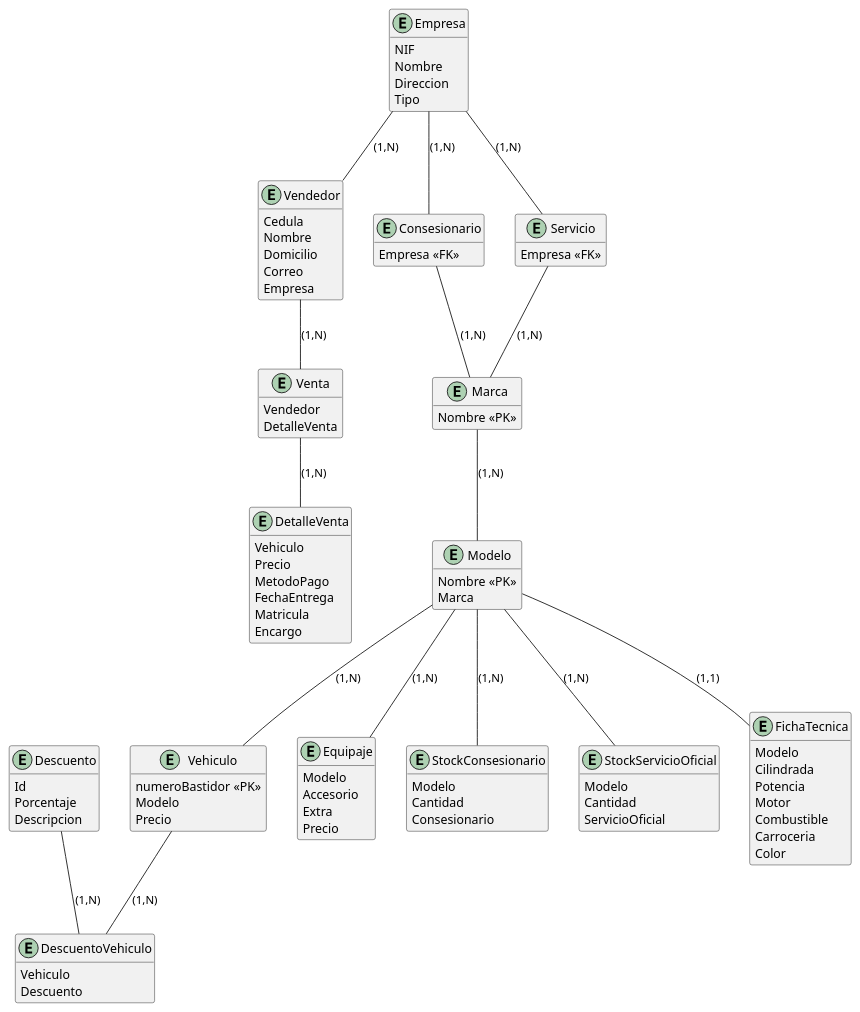
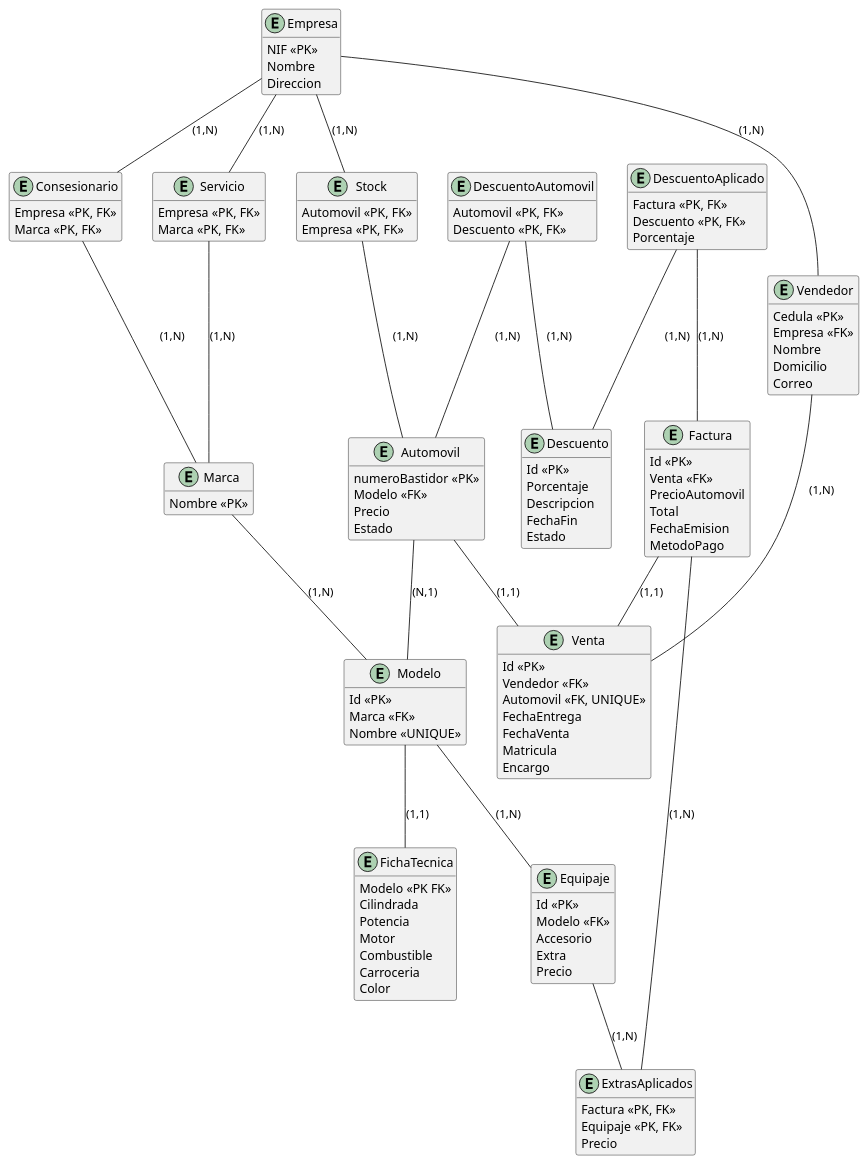
The diagram in diagrama_entidad_relacion.puml (DraakoDev/Kabazaru), drawn with PlantUML before and after one commit.

Commit message:
Docs: Diagrama ER-3FN V1

```diff
--- a/diagrama_entidad_relacion.puml
+++ b/diagrama_entidad_relacion.puml
@@ -1,114 +1,133 @@
-@startuml
+@startuml DiagramaEntidadRelacion
 
+entity Stock{
+  Automovil <<PK, FK>>
+  Empresa <<PK, FK>>
+}
 
-entity Vehiculo {
+entity Automovil {
   numeroBastidor <<PK>>
-  Modelo
+  Modelo <<FK>>
   Precio
+  Estado
 }
 
 entity Descuento { 
-  Id
+  Id <<PK>>
   Porcentaje
   Descripcion
+  FechaFin
+  Estado
 }
 
 entity Marca {
   Nombre <<PK>>
 }
 
 entity Modelo {
-  Nombre <<PK>>
-  Marca
+  Id <<PK>>
+  Marca <<FK>> 
+  Nombre <<UNIQUE>>
 }
 
 entity Equipaje {
-  Modelo 
+  Id <<PK>>
+  Modelo <<FK>>
   Accesorio
   Extra
   Precio
 }
 
-entity StockConsesionario {
-  Modelo 
-  Cantidad
-  Consesionario 
-}
-
-entity StockServicioOficial {
-  Modelo
-  Cantidad
-  ServicioOficial
-}
-
 entity Vendedor {
-  Cedula
+  Cedula <<PK>>
+  Empresa <<FK>>
   Nombre
   Domicilio
   Correo
-  Empresa
 }
 
 entity Venta {
-  Vendedor
-  DetalleVenta
-}
-
-entity DetalleVenta {
-  Vehiculo 
-  Precio
-  MetodoPago
+  Id <<PK>>
+  Vendedor <<FK>>
+  Automovil <<FK, UNIQUE>>
   FechaEntrega
+  FechaVenta
   Matricula
   Encargo
 }
 
-entity DescuentoVehiculo {
-  Vehiculo 
-  Descuento 
+entity Factura {
+  Id <<PK>>
+  Venta <<FK>>
+  PrecioAutomovil
+  Total
+  FechaEmision
+  MetodoPago
+}
+
+entity ExtrasAplicados {
+  Factura <<PK, FK>>
+  Equipaje <<PK, FK>>
+  Precio
+}
+
+entity DescuentoAplicado {
+  Factura <<PK, FK>>
+  Descuento <<PK, FK>>
+  Porcentaje
 }
 
 entity FichaTecnica {
-  Modelo 
+  Modelo <<PK FK>>
   Cilindrada
   Potencia
   Motor
   Combustible
   Carroceria
   Color
 }
 
 entity Empresa {
-  NIF
+  NIF <<PK>>
   Nombre
   Direccion
-  Tipo 
 }
 
 entity Consesionario {
-  Empresa <<FK>>
+  Empresa <<PK, FK>>
+  Marca <<PK, FK>>
 }
 
 entity Servicio {
-  Empresa <<FK>>
+  Empresa <<PK, FK>>
+  Marca <<PK, FK>>
+}
+
+entity DescuentoAutomovil {
+  Automovil <<PK, FK>>
+  Descuento <<PK, FK>>
 }
 
 hide methods
 
-Vendedor -- Venta : (1,N)
-Venta -- DetalleVenta : (1,N)
-Consesionario -- Marca : (1,N)
-Servicio -- Marca : (1,N)
-Empresa -- Vendedor : (1,N)
-Empresa -- Consesionario : (1,N)
-Empresa -- Servicio : (1,N)
-Vehiculo -- DescuentoVehiculo : (1,N)
-Descuento -- DescuentoVehiculo : (1,N)
-Modelo -- Vehiculo : (1,N)
-Marca -- Modelo : (1,N)
-Modelo -- Equipaje : (1,N)
-Modelo -- FichaTecnica : (1,1)
-Modelo -- StockConsesionario : (1,N)
-Modelo -- StockServicioOficial : (1,N)
-
+Empresa -- Stock: (1,N)
+Empresa -- Vendedor: (1,N)
+Empresa -- Consesionario: (1,N)
+Empresa -- Servicio: (1,N)
+Automovil -up- Stock: (1,N)
+Automovil -- Venta: (1,1)
+Automovil -- Modelo: (N,1)
+Modelo -- Equipaje: (1,N)
+Modelo -- FichaTecnica: (1,1)
+Vendedor -- Venta: (1,N)
+Consesionario -- Marca: (1,N)
+Servicio -- Marca: (1,N)
+Marca -- Modelo: (1,N)
+Factura -- Venta: (1,1)
+Factura -- ExtrasAplicados: (1,N)
+Equipaje -- ExtrasAplicados: (1,N)
+DescuentoAplicado -- Factura: (1,N)
+DescuentoAplicado -- Descuento: (1,N)
+DescuentoAutomovil -- Automovil: (1,N)
+DescuentoAutomovil -- Descuento: (1,N)
 @enduml
```
